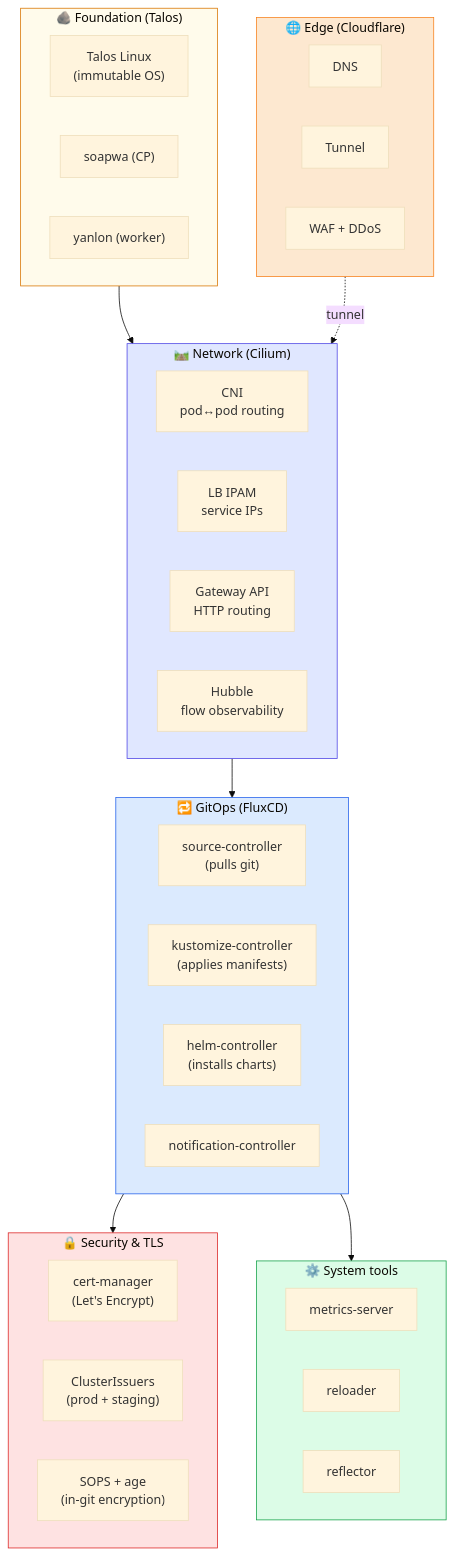
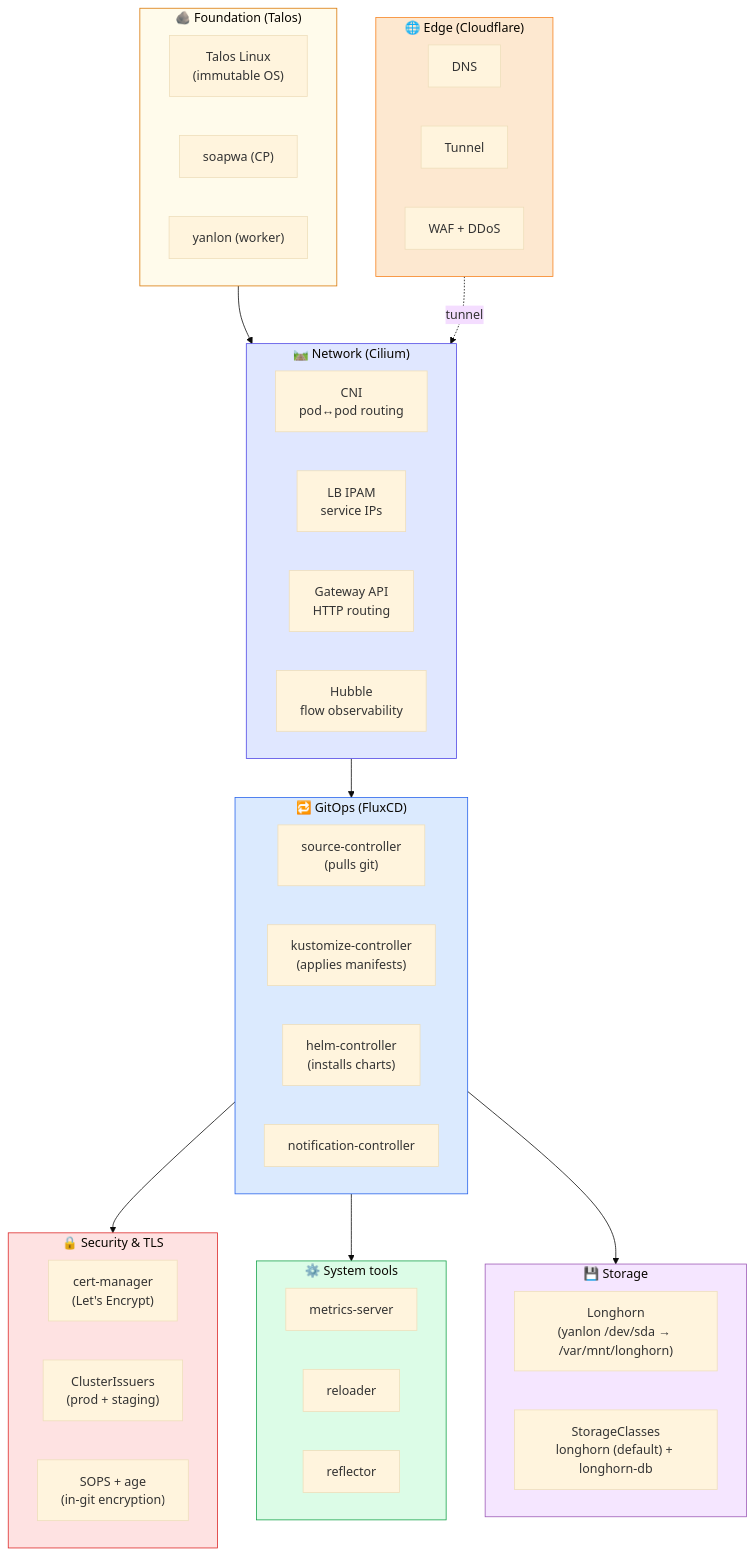
Before and after one commit to wajeht/home-ops: the first of 5 diagrams in docs/architecture.md, drawn with Mermaid (base theme). The commit also changed other lines of this file and 5 other files, not shown here.

````diff
--- a/docs/architecture.md
+++ b/docs/architecture.md
@@ -17,53 +17,60 @@
 ```mermaid
 flowchart TB
     subgraph OS["🪨 Foundation (Talos)"]
         talos["Talos Linux<br/>(immutable OS)"]
         soapwa["soapwa (CP)"]
         yanlon["yanlon (worker)"]
     end
 
     subgraph NET["🛤️ Network (Cilium)"]
         cilium_cni["CNI<br/>pod↔pod routing"]
         cilium_lb["LB IPAM<br/>service IPs"]
         cilium_gw["Gateway API<br/>HTTP routing"]
         hubble["Hubble<br/>flow observability"]
     end
 
     subgraph GITOPS["🔁 GitOps (FluxCD)"]
         flux_src["source-controller<br/>(pulls git)"]
         flux_kust["kustomize-controller<br/>(applies manifests)"]
         flux_helm["helm-controller<br/>(installs charts)"]
         flux_notif["notification-controller"]
     end
 
     subgraph EDGE["🌐 Edge (Cloudflare)"]
         cf_dns["DNS"]
         cf_tunnel["Tunnel"]
         cf_waf["WAF + DDoS"]
     end
 
     subgraph SEC["🔒 Security & TLS"]
         certmgr["cert-manager<br/>(Let's Encrypt)"]
         clusterissuer["ClusterIssuers<br/>(prod + staging)"]
         sops["SOPS + age<br/>(in-git encryption)"]
     end
 
     subgraph SYS["⚙️ System tools"]
         metrics["metrics-server"]
         reloader["reloader"]
         reflector["reflector"]
     end
 
+    subgraph STORAGE["💾 Storage"]
+        longhorn["Longhorn<br/>(yanlon /dev/sda → /var/mnt/longhorn)"]
+        sc["StorageClasses<br/>longhorn (default) + longhorn-db"]
+    end
+
     OS --> NET
     NET --> GITOPS
     GITOPS --> SEC
     GITOPS --> SYS
+    GITOPS --> STORAGE
     EDGE -.->|tunnel| NET
 
     style OS fill:#fffbeb,stroke:#d97706
     style NET fill:#e0e7ff,stroke:#4f46e5
     style GITOPS fill:#dbeafe,stroke:#2563eb
     style EDGE fill:#fde8d0,stroke:#f6821f
     style SEC fill:#fee2e2,stroke:#dc2626
     style SYS fill:#dcfce7,stroke:#16a34a
+    style STORAGE fill:#f5e6ff,stroke:#9b59b6
 ```
````
